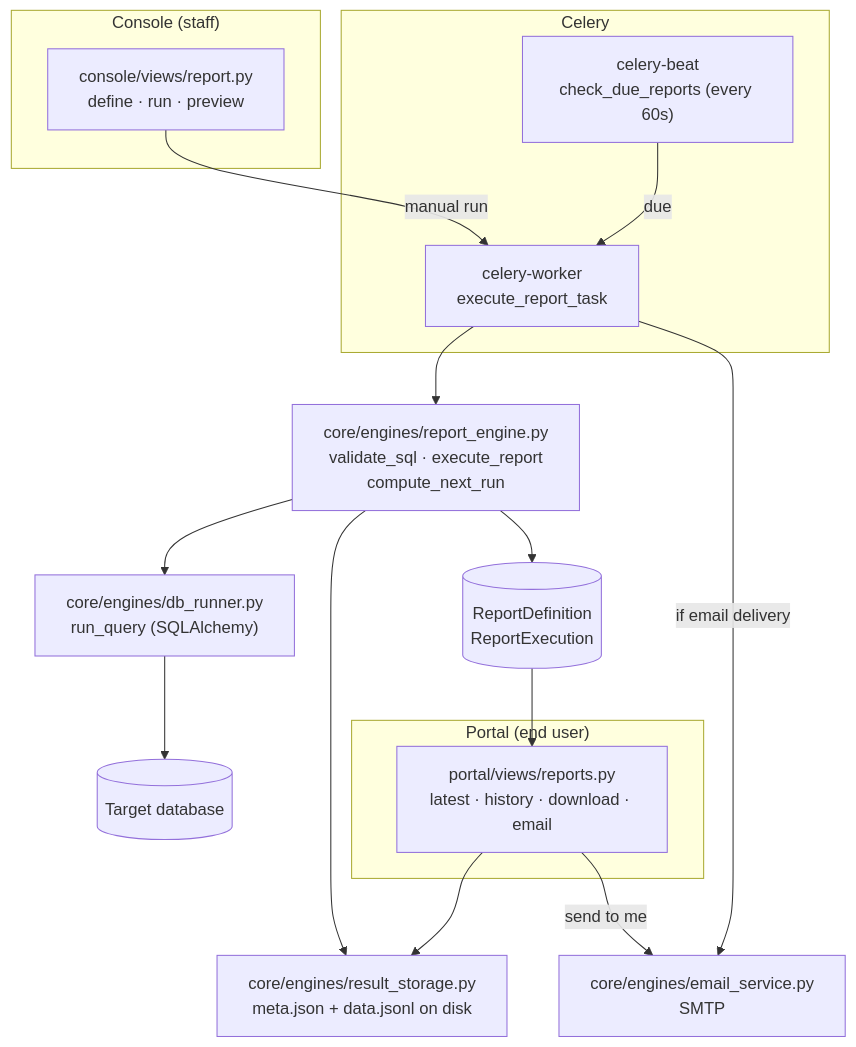
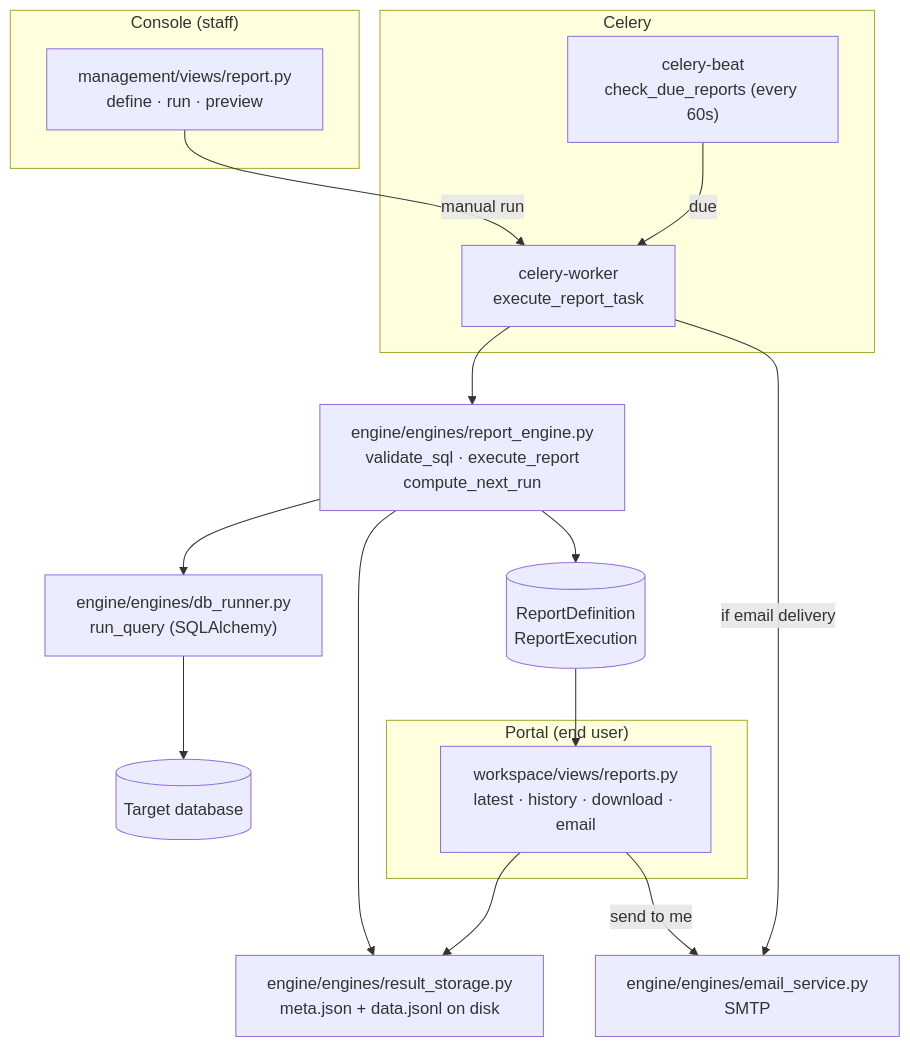
One commit to mpospirit-apps/TetherDust changed the diagram in documentations/TetherDust Documentation/2. Features/7. Reports.md. Above: the diagram before and after it, drawn with Mermaid. The commit also changed other lines of this file and 341 other files, not shown here.

Commit message:
chore: rename Django apps (core -> engine, portal -> workspace, console -> management)

````diff
--- a/documentations/TetherDust Documentation/2. Features/7. Reports.md
+++ b/documentations/TetherDust Documentation/2. Features/7. Reports.md
@@ -30,34 +30,34 @@
 ```mermaid
 flowchart TD
-    subgraph console["Console (staff)"]
-        Def["console/views/report.py\ndefine · run · preview"]
+    subgraph management["Console (staff)"]
+        Def["management/views/report.py\ndefine · run · preview"]
     end
 
     subgraph celery["Celery"]
         Beat["celery-beat\ncheck_due_reports (every 60s)"]
         Worker["celery-worker\nexecute_report_task"]
     end
 
-    Engine["core/engines/report_engine.py\nvalidate_sql · execute_report\ncompute_next_run"]
-    Runner["core/engines/db_runner.py\nrun_query (SQLAlchemy)"]
+    Engine["engine/engines/report_engine.py\nvalidate_sql · execute_report\ncompute_next_run"]
+    Runner["engine/engines/db_runner.py\nrun_query (SQLAlchemy)"]
     Targets[("Target database")]
-    Storage["core/engines/result_storage.py\nmeta.json + data.jsonl on disk"]
+    Storage["engine/engines/result_storage.py\nmeta.json + data.jsonl on disk"]
     Models[("ReportDefinition\nReportExecution")]
 
-    subgraph portal["Portal (end user)"]
-        View["portal/views/reports.py\nlatest · history · download · email"]
+    subgraph workspace["Portal (end user)"]
+        View["workspace/views/reports.py\nlatest · history · download · email"]
     end
 
-    Email["core/engines/email_service.py\nSMTP"]
+    Email["engine/engines/email_service.py\nSMTP"]
 
     Def -->|manual run| Worker
     Beat -->|due| Worker
     Worker --> Engine
     Engine --> Runner --> Targets
     Engine --> Storage
     Engine --> Models
     Models --> View
     View --> Storage
     Worker -->|if email delivery| Email
     View -->|send to me| Email
 ```
````
